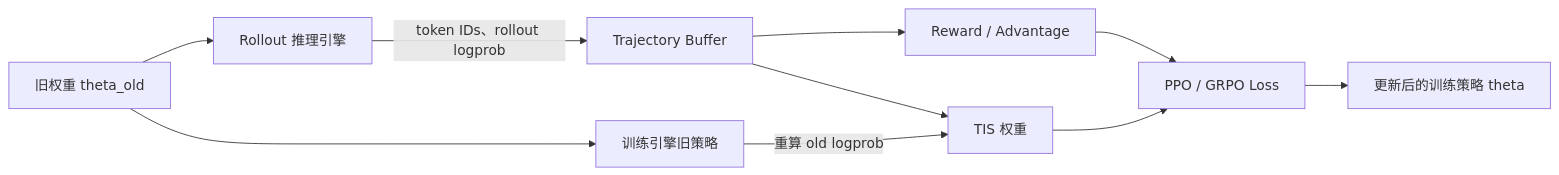
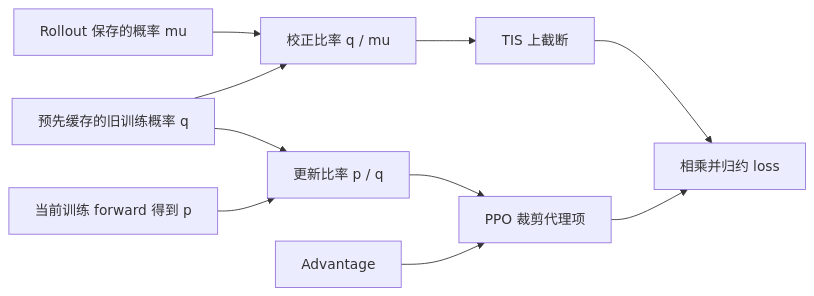
Before and after one commit to GKCY/LatentSpace: the diagram in content/foundations/RL/系统/训练稳定性/精度/训推一致性/TIS：用截断重要性采样缓解LLM RL训推不一致.md, drawn with Mermaid. The commit also changed other lines of this file and 10 other files, not shown here.

````diff
--- a/content/foundations/RL/系统/训练稳定性/精度/训推一致性/TIS：用截断重要性采样缓解LLM RL训推不一致.md
+++ b/content/foundations/RL/系统/训练稳定性/精度/训推一致性/TIS：用截断重要性采样缓解LLM RL训推不一致.md
@@ -16,12 +169,12 @@
 ```mermaid
 flowchart LR
-    A[旧权重 theta_old] --> B[Rollout 推理引擎]
-    A --> C[训练引擎旧策略]
-    B -->|token IDs、rollout logprob| D[Trajectory Buffer]
-    D --> E[Reward / Advantage]
-    C -->|重算 old logprob| F[TIS 权重]
-    D --> F
-    E --> G[PPO / GRPO Loss]
-    F --> G
-    G --> H[更新后的训练策略 theta]
+    M[Rollout 保存的概率 mu] --> W[校正比率 q / mu]
+    Q[预先缓存的旧训练概率 q] --> W
+    Q --> R[更新比率 p / q]
+    P[当前训练 forward 得到 p] --> R
+    W --> T[TIS 上截断]
+    R --> S[PPO 裁剪代理项]
+    A[Advantage] --> S
+    T --> L[相乘并归约 loss]
+    S --> L
 ```
````
